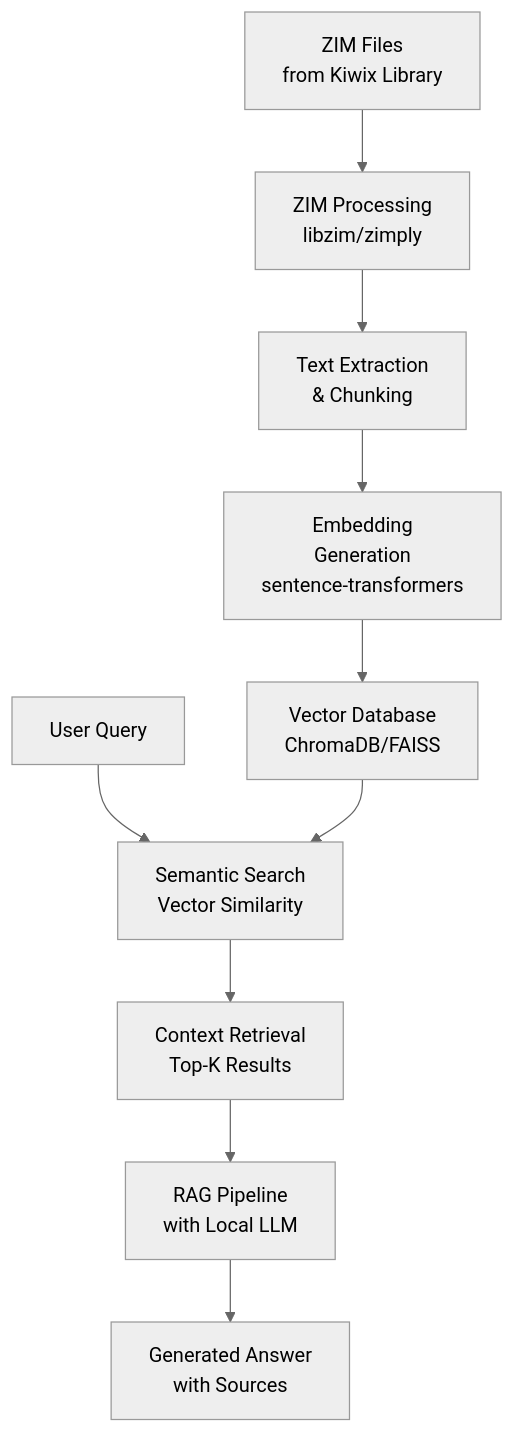
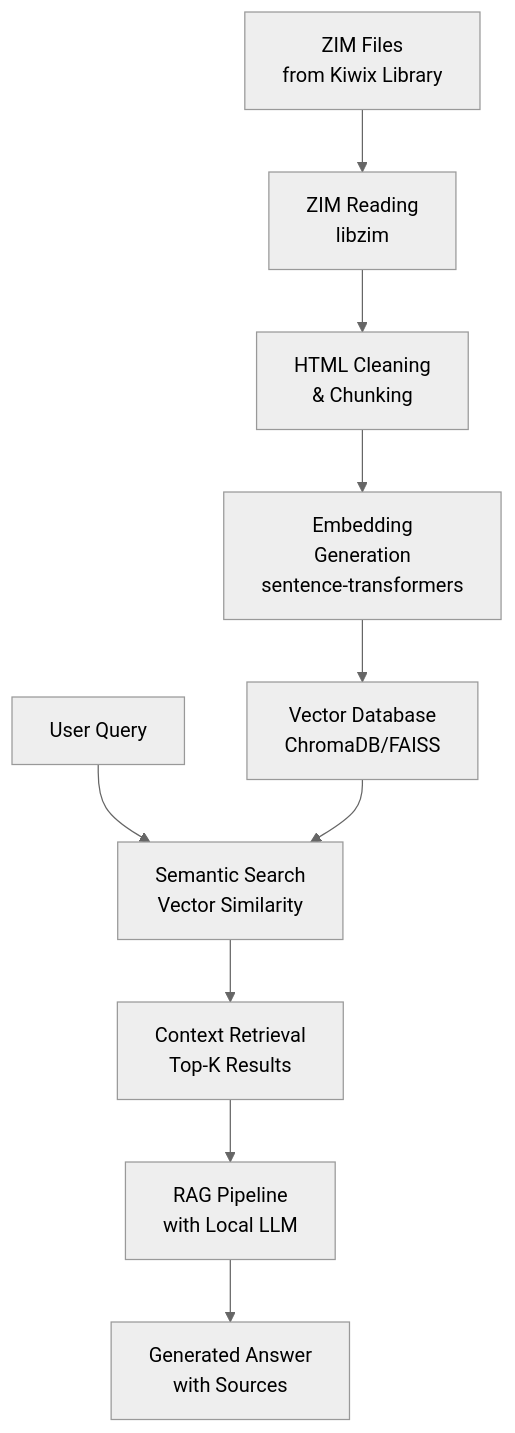
One commit to rouralberto/zim-llm changed the diagram in README.md. Above: the diagram before and after it, drawn with Mermaid (neutral theme). The commit also changed other lines of this file and 8 other files, not shown here.

````diff
--- a/README.md
+++ b/README.md
@@ -7,14 +7,14 @@
 ```mermaid
 graph TB
-    A[ZIM Files<br/>from Kiwix Library] --> B[ZIM Processing<br/>libzim/zimply]
-    B --> C[Text Extraction<br/>& Chunking]
+    A[ZIM Files<br/>from Kiwix Library] --> B[ZIM Reading<br/>libzim]
+    B --> C[HTML Cleaning<br/>& Chunking]
     C --> D[Embedding<br/>Generation<br/>sentence-transformers]
     D --> E[Vector Database<br/>ChromaDB/FAISS]
 
     F[User Query] --> G[Semantic Search<br/>Vector Similarity]
     G --> H[Context Retrieval<br/>Top-K Results]
     H --> I[RAG Pipeline<br/>with Local LLM]
     I --> J[Generated Answer<br/>with Sources]
 
     E --> G
 ```
````
